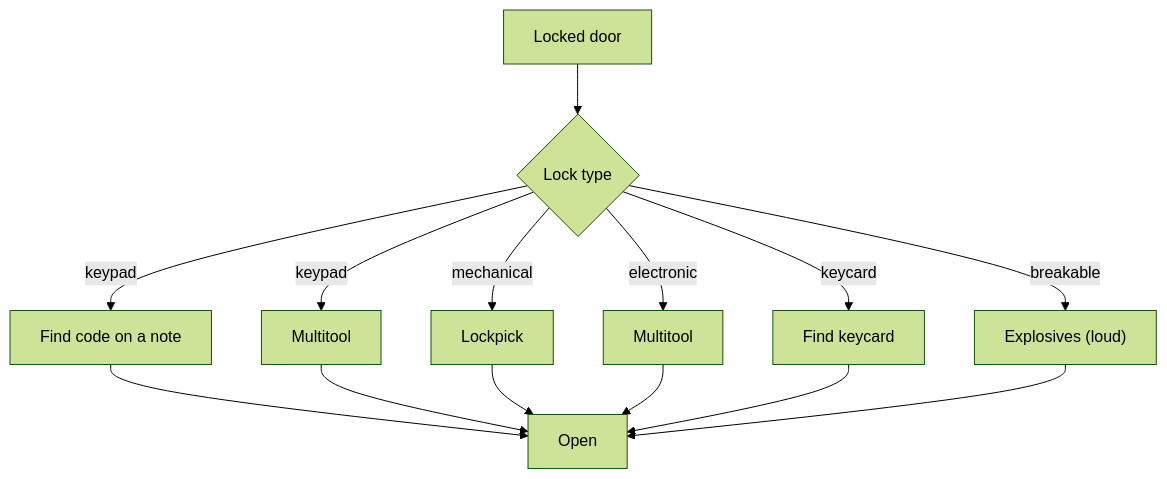
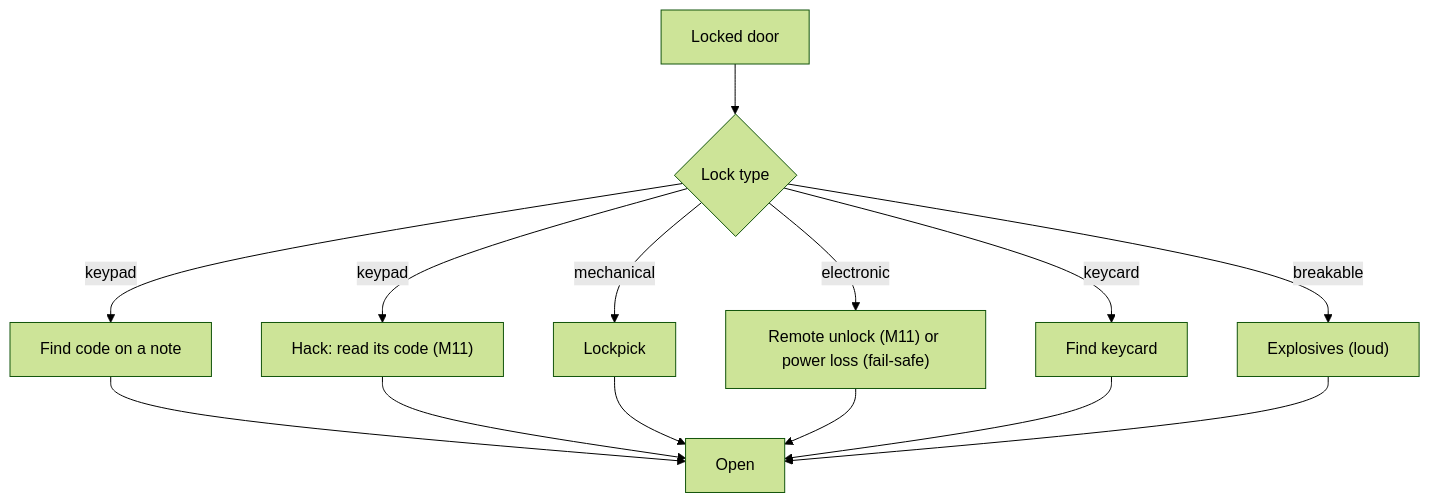
The diagram in design/game/security.md (matts2cant/im-sim-proto), drawn with Mermaid (forest theme) before and after one commit. The commit also changed other lines of this file and 21 other files, not shown here.

````diff
--- a/design/game/security.md
+++ b/design/game/security.md
@@ -26,16 +51,16 @@
 ```mermaid
 flowchart TD
     D["Locked door"] --> K{"Lock type"}
     K -->|keypad| K1["Find code on a note"]
-    K -->|keypad| K2["Multitool"]
+    K -->|keypad| K2["Hack: read its code (M11)"]
     K -->|mechanical| L1["Lockpick"]
-    K -->|electronic| E1["Multitool"]
+    K -->|electronic| E1["Remote unlock (M11) or power loss (fail-safe)"]
     K -->|keycard| C1["Find keycard"]
     K -->|breakable| B1["Explosives (loud)"]
     K1 --> O["Open"]
     K2 --> O
     L1 --> O
     E1 --> O
     C1 --> O
     B1 --> O
 ```
````
